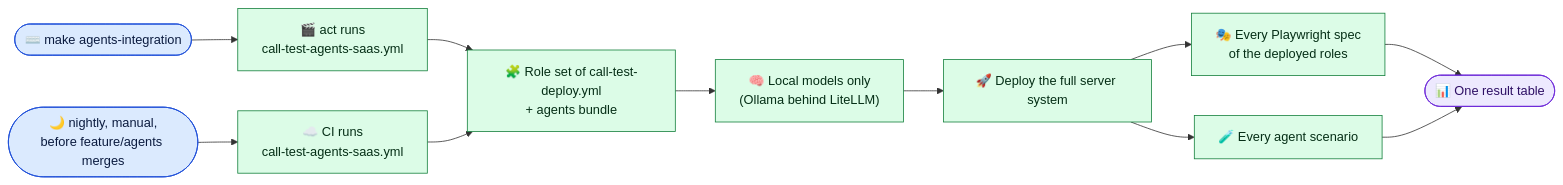
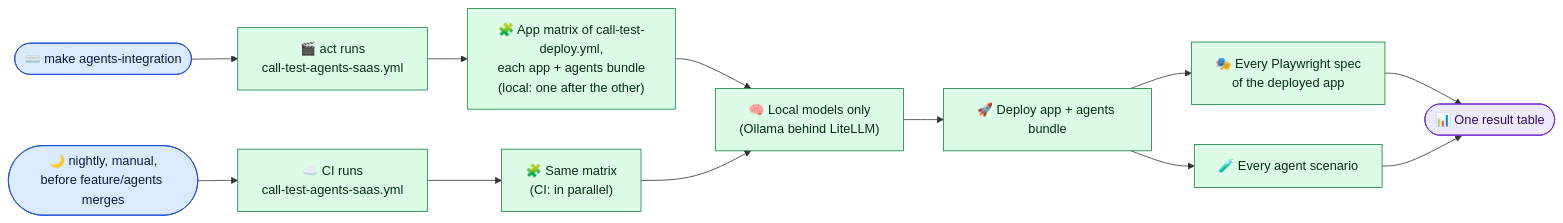
Before and after one commit to kevinveenbirkenbach/infinito-nexus-core: diagram 20 of 21 in docs/requirements/041-agents-restructuring.md, drawn with Mermaid. The commit also changed other lines of this file, not shown here.

First line of the commit message:
docs(requirements): refine the agents platform specification

````diff
--- a/docs/requirements/041-agents-restructuring.md
+++ b/docs/requirements/041-agents-restructuring.md
@@ -1151,19 +1310,20 @@
 ```mermaid
 flowchart LR
   MK(["⌨️ make agents-integration"]) --> ACT["🎬 act runs<br/>call-test-agents-saas.yml"]
   NI(["🌙 nightly, manual,<br/>before feature/agents merges"]) --> CI["☁️ CI runs<br/>call-test-agents-saas.yml"]
-  ACT --> SET["🧩 Role set of call-test-deploy.yml<br/>+ agents bundle"]
-  CI --> SET
+  ACT --> SET["🧩 App matrix of call-test-deploy.yml,<br/>each app + agents bundle<br/>(local: one after the other)"]
+  CI --> SET2["🧩 Same matrix<br/>(CI: in parallel)"]
   SET --> LM["🧠 Local models only<br/>(Ollama behind LiteLLM)"]
-  LM --> DEP["🚀 Deploy the full server system"]
-  DEP --> PW["🎭 Every Playwright spec<br/>of the deployed roles"]
+  SET2 --> LM
+  LM --> DEP["🚀 Deploy app + agents bundle"]
+  DEP --> PW["🎭 Every Playwright spec<br/>of the deployed app"]
   DEP --> SCN["🧪 Every agent scenario"]
   PW --> TAB(["📊 One result table"])
   SCN --> TAB
   classDef cmd fill:#dbeafe,stroke:#1d4ed8,color:#0b1b3f
   classDef step fill:#dcfce7,stroke:#15803d,color:#052e16
   classDef out fill:#ede9fe,stroke:#6d28d9,color:#2e1065
   class MK,NI cmd
-  class ACT,CI,SET,LM,DEP,PW,SCN step
+  class ACT,CI,SET,SET2,LM,DEP,PW,SCN step
   class TAB out
 ```
````
